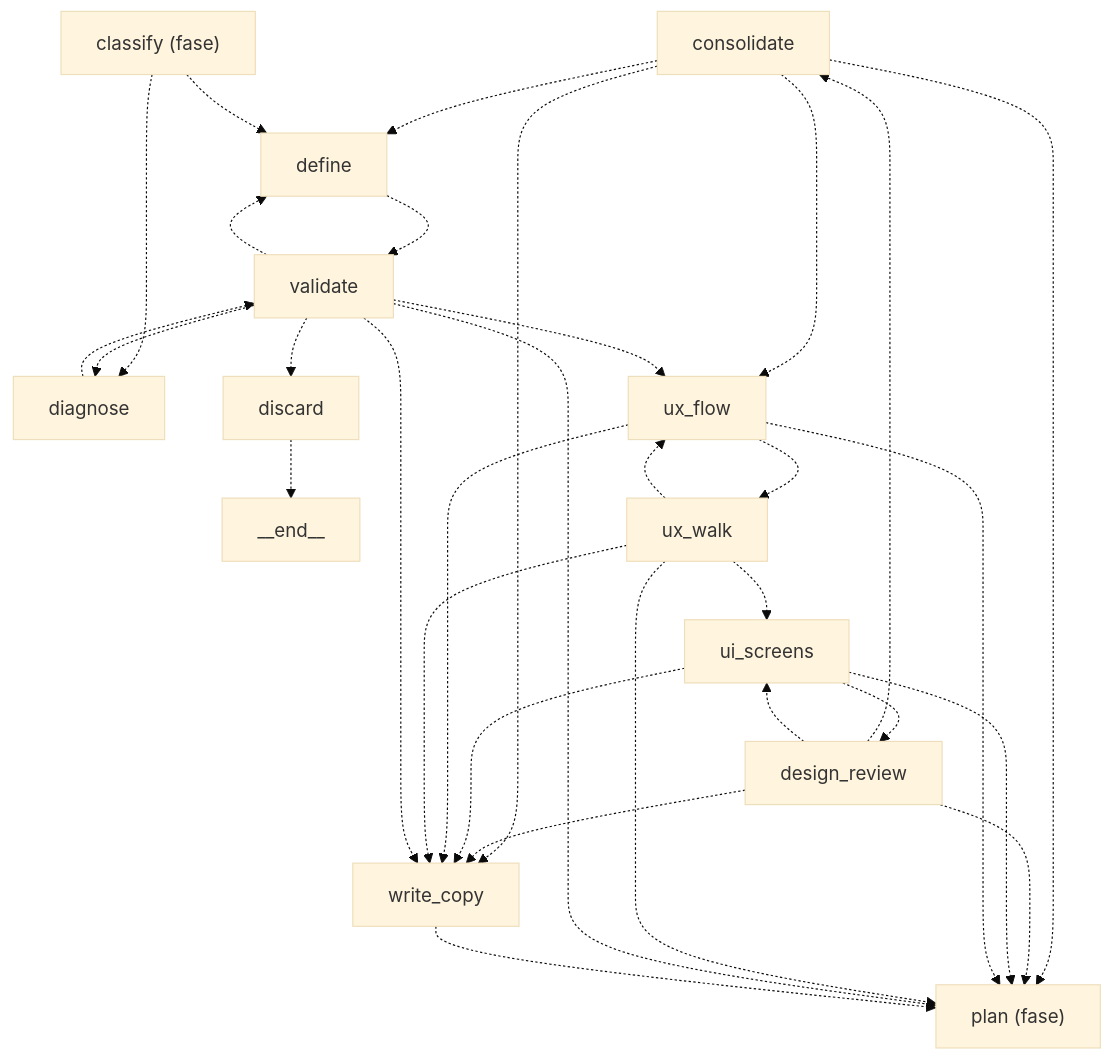
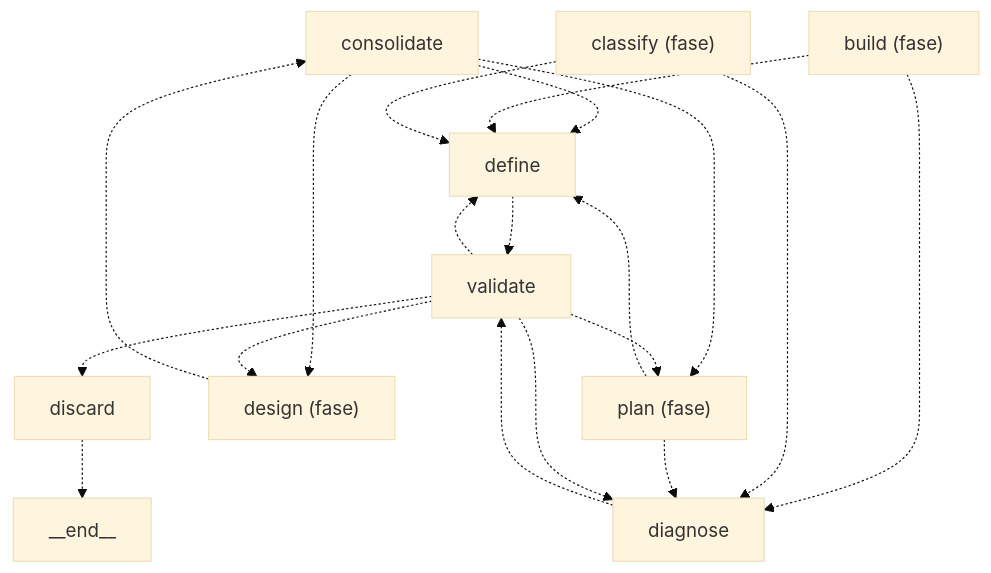
The diagram in docs/architecture/generated/role-graph-define.md (GonzaloZevallos/agentic-system), drawn with Mermaid (base theme) before and after one commit. The commit also changed other lines of this file and 13 other files, not shown here.

Commit message:
Add the define and diagnose edges the promotion routing needs to the graph, test a mid-run promotion, and split the role-graph pages to fit the budget

````diff
--- a/docs/architecture/generated/role-graph-define.md
+++ b/docs/architecture/generated/role-graph-define.md
@@ -13,46 +13,31 @@
 ```mermaid
 graph TD
     __end__["__end__"]
     consolidate["consolidate"]
     define["define"]
-    design_review["design_review"]
     diagnose["diagnose"]
     discard["discard"]
+    phase_build["build (fase)"]
     phase_classify["classify (fase)"]
+    phase_design["design (fase)"]
     phase_plan["plan (fase)"]
-    ui_screens["ui_screens"]
-    ux_flow["ux_flow"]
-    ux_walk["ux_walk"]
     validate["validate"]
-    write_copy["write_copy"]
     consolidate -.-> define
+    consolidate -.-> phase_design
     consolidate -.-> phase_plan
-    consolidate -.-> ux_flow
-    consolidate -.-> write_copy
     define -.-> validate
-    design_review -.-> consolidate
-    design_review -.-> phase_plan
-    design_review -.-> ui_screens
-    design_review -.-> write_copy
     diagnose -.-> validate
     discard -.-> __end__
+    phase_build -.-> define
+    phase_build -.-> diagnose
     phase_classify -.-> define
     phase_classify -.-> diagnose
-    ui_screens -.-> design_review
-    ui_screens -.-> phase_plan
-    ui_screens -.-> write_copy
-    ux_flow -.-> phase_plan
-    ux_flow -.-> ux_walk
-    ux_flow -.-> write_copy
-    ux_walk -.-> phase_plan
-    ux_walk -.-> ui_screens
-    ux_walk -.-> ux_flow
-    ux_walk -.-> write_copy
+    phase_design -.-> consolidate
+    phase_plan -.-> define
+    phase_plan -.-> diagnose
     validate -.-> define
     validate -.-> diagnose
     validate -.-> discard
+    validate -.-> phase_design
     validate -.-> phase_plan
-    validate -.-> ux_flow
-    validate -.-> write_copy
-    write_copy -.-> phase_plan
 ```
````
